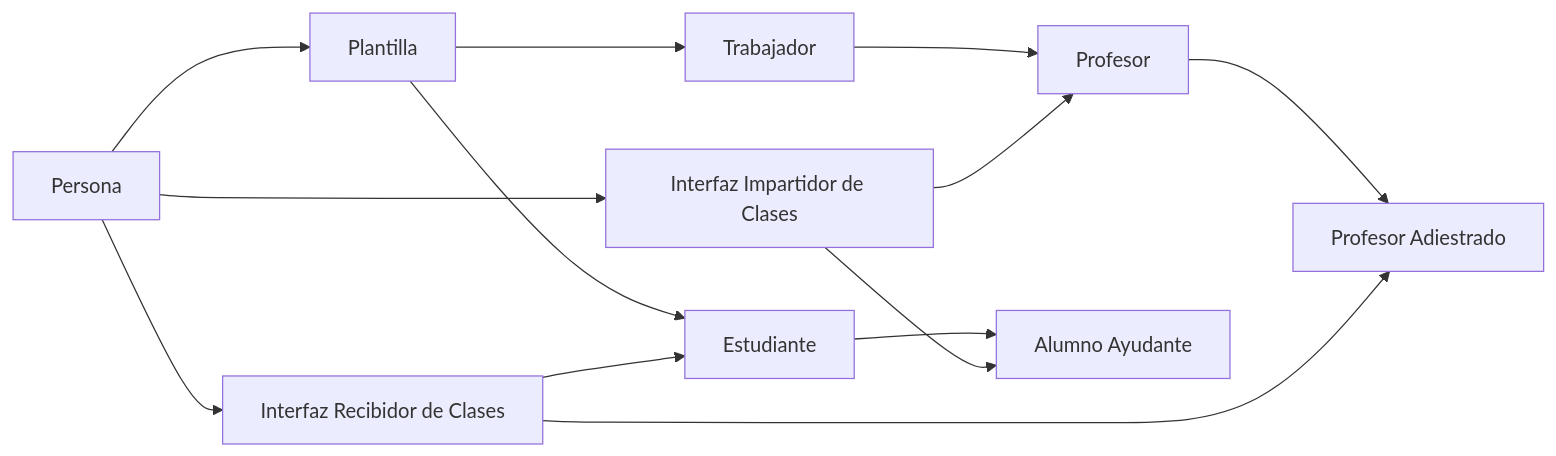
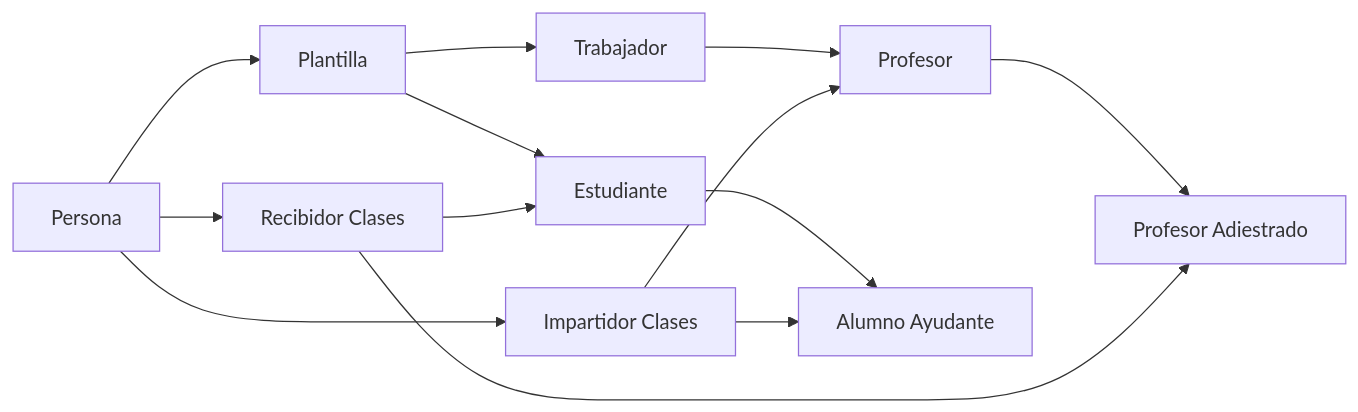
The third of 4 diagrams in Readme.md (Val020213/LP-Seminario-02-Herencia), drawn with Mermaid before and after one commit. The commit also changed other lines of this file and 8 other files, not shown here.

````diff
--- a/Readme.md
+++ b/Readme.md
@@ -13,17 +366,17 @@
 ```mermaid
 graph LR
     Persona --> Plantilla
-    Persona --> IE[Interfaz Recibidor de Clases]
-    Persona --> IP[Interfaz Impartidor de Clases]
-    
     Plantilla --> Trabajador
     Trabajador --> Profesor
     Profesor --> PA[Profesor Adiestrado]
     Plantilla --> Estudiante
     Estudiante --> AA[Alumno Ayudante]
 
-    IE[Interfaz Recibidor de Clases] --> Estudiante
-    IE[Interfaz Recibidor de Clases] --> PA[Profesor Adiestrado]
-    IP[Interfaz Impartidor de Clases] --> Profesor
-    IP[Interfaz Impartidor de Clases] --> AA[Alumno Ayudante]
+    Persona --> IE[Recibidor Clases]
+    Persona --> IP[Impartidor Clases]
+
+    IE[Recibidor Clases] --> Estudiante
+    IE[Recibidor Clases] --> PA[Profesor Adiestrado]
+    IP[Impartidor Clases] --> Profesor
+    IP[Impartidor Clases] --> AA[Alumno Ayudante]
 ```
````
